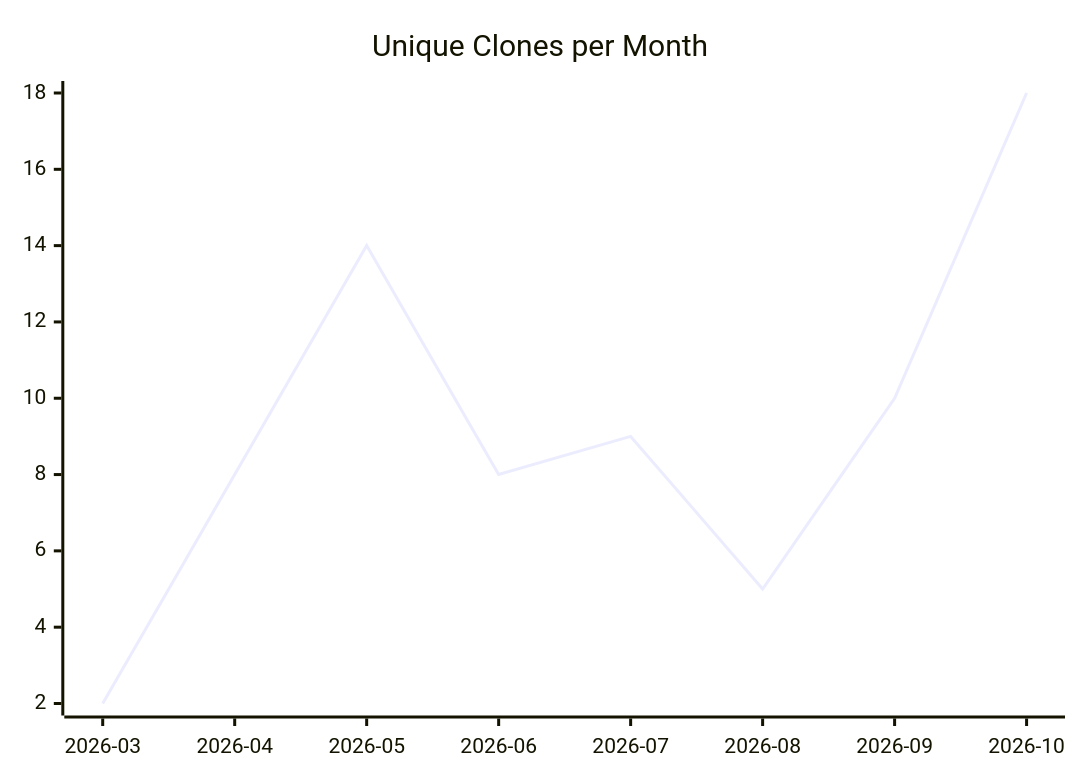
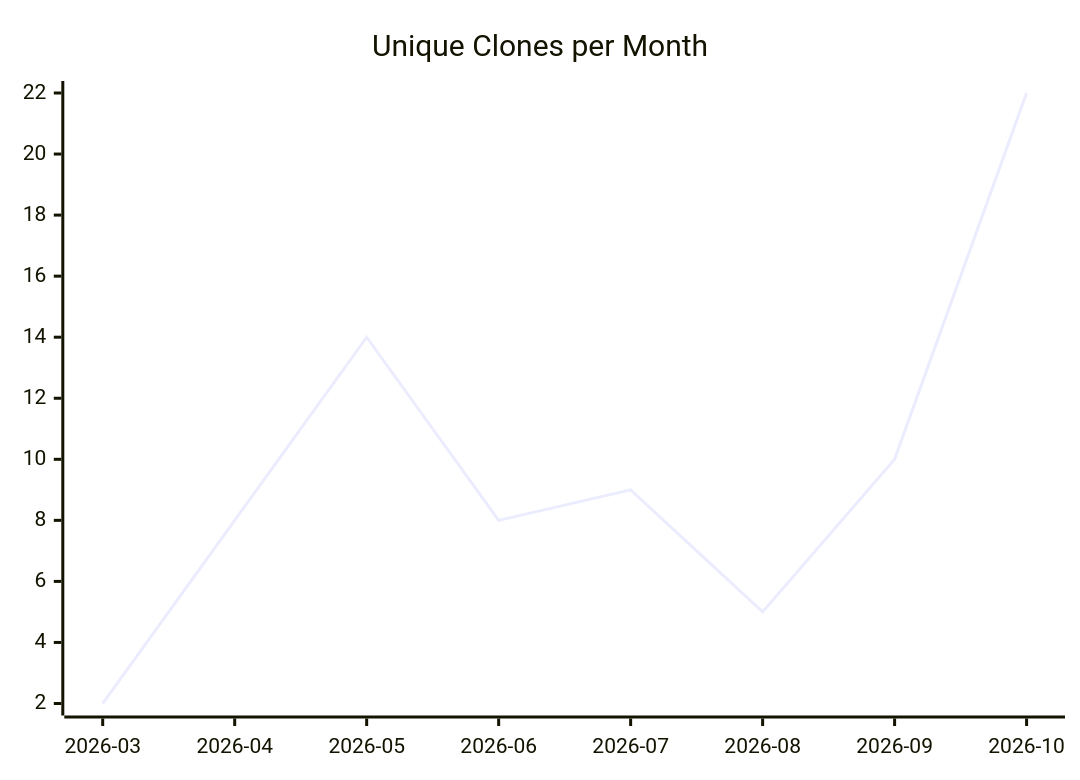
One commit to justdavis-family/github-analytics-data changed the third of 3 diagrams in karlmdavis/kobjects/README.md. Above: the diagram before and after it, drawn with Mermaid. The commit also changed other lines of this file and 200 other files, not shown here.

````diff
--- a/karlmdavis/kobjects/README.md
+++ b/karlmdavis/kobjects/README.md
@@ -19,6 +19,6 @@
 ```mermaid
 xychart-beta
   title "Unique Clones per Month"
   x-axis ["2026-03", "2026-04", "2026-05", "2026-06", "2026-07", "2026-08", "2026-09", "2026-10"]
-  line [2, 8, 14, 8, 9, 5, 10, 18]
+  line [2, 8, 14, 8, 9, 5, 10, 22]
 ```
````
